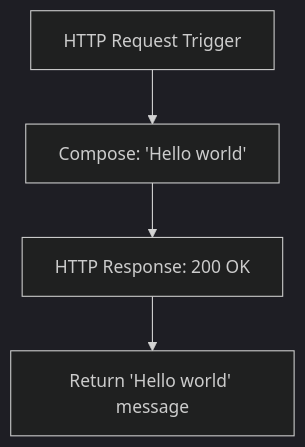
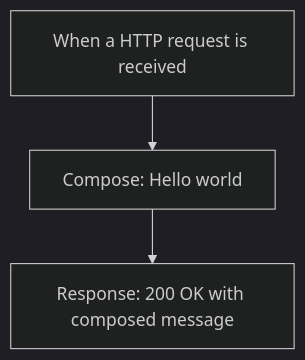
Before and after one commit to penrynjohnp/logicapps-labs: the diagram in samples/sample-logicapp-workspace/readme.md, drawn with Mermaid (dark theme). The commit also changed other lines of this file and 15 other files, not shown here.

````diff
--- a/samples/sample-logicapp-workspace/readme.md
+++ b/samples/sample-logicapp-workspace/readme.md
@@ -19,6 +29,5 @@
 ```mermaid
 flowchart TD
-    A[HTTP Request Trigger] --> B[Compose: 'Hello world']
-    B --> C[HTTP Response: 200 OK]
-    C --> D[Return 'Hello world' message]
+    A[When a HTTP request is received] --> B[Compose: Hello world]
+    B --> C[Response: 200 OK with composed message]
 ```
````
